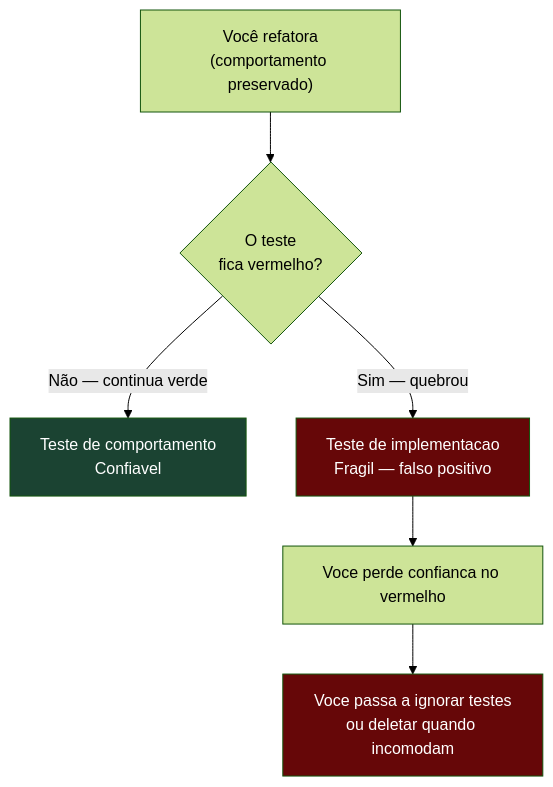
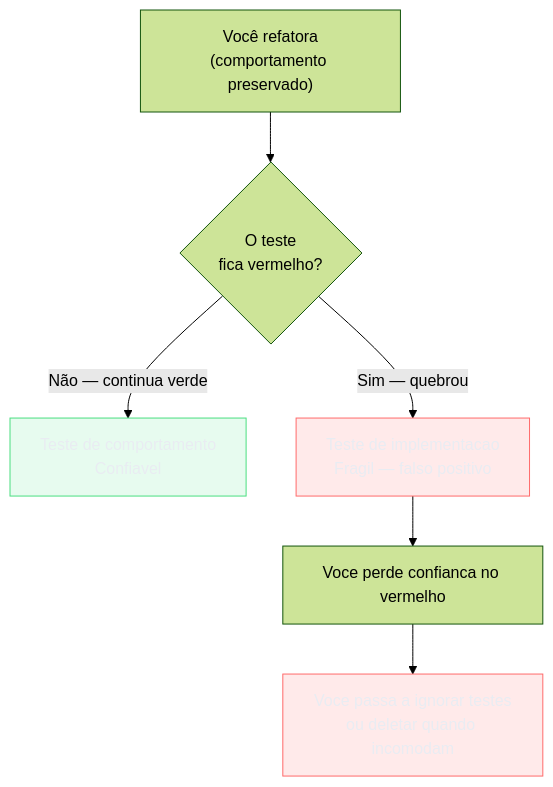
One commit to josenaldo/codex-technomanticus changed the first of 5 diagrams in 03-Dominios/Engenharia/Testes/06 - Testar comportamento, não implementação.md. Above: the diagram before and after it, drawn with Mermaid (forest theme). The commit also changed other lines of this file and 1181 other files, not shown here.

First line of the commit message:
fix(diagramas): paleta do sistema no lugar de cor cravada no markdown

````diff
--- a/03-Dominios/Engenharia/Testes/06 - Testar comportamento, não implementação.md
+++ b/03-Dominios/Engenharia/Testes/06 - Testar comportamento, não implementação.md
@@ -41,12 +41,14 @@
 ```mermaid
 flowchart TD
+    classDef ok fill:#4ADE8021,stroke:#4ADE80,color:#E9ECF2
+    classDef falha fill:#FF6B6B24,stroke:#FF6B6B,color:#E9ECF2
     A["Você refatora<br/>(comportamento preservado)"] --> B{"O teste<br/>fica vermelho?"}
     B -->|"Não — continua verde"| C["Teste de comportamento<br/>Confiavel"]
     B -->|"Sim — quebrou"| D["Teste de implementacao<br/>Fragil — falso positivo"]
     D --> E["Voce perde confianca no vermelho"]
     E --> F["Voce passa a ignorar testes<br/>ou deletar quando incomodam"]
 
-    style C fill:#1b4332,color:#fff
-    style D fill:#660708,color:#fff
-    style F fill:#660708,color:#fff
+    class C ok
+    class D falha
+    class F falha
 ```
````
